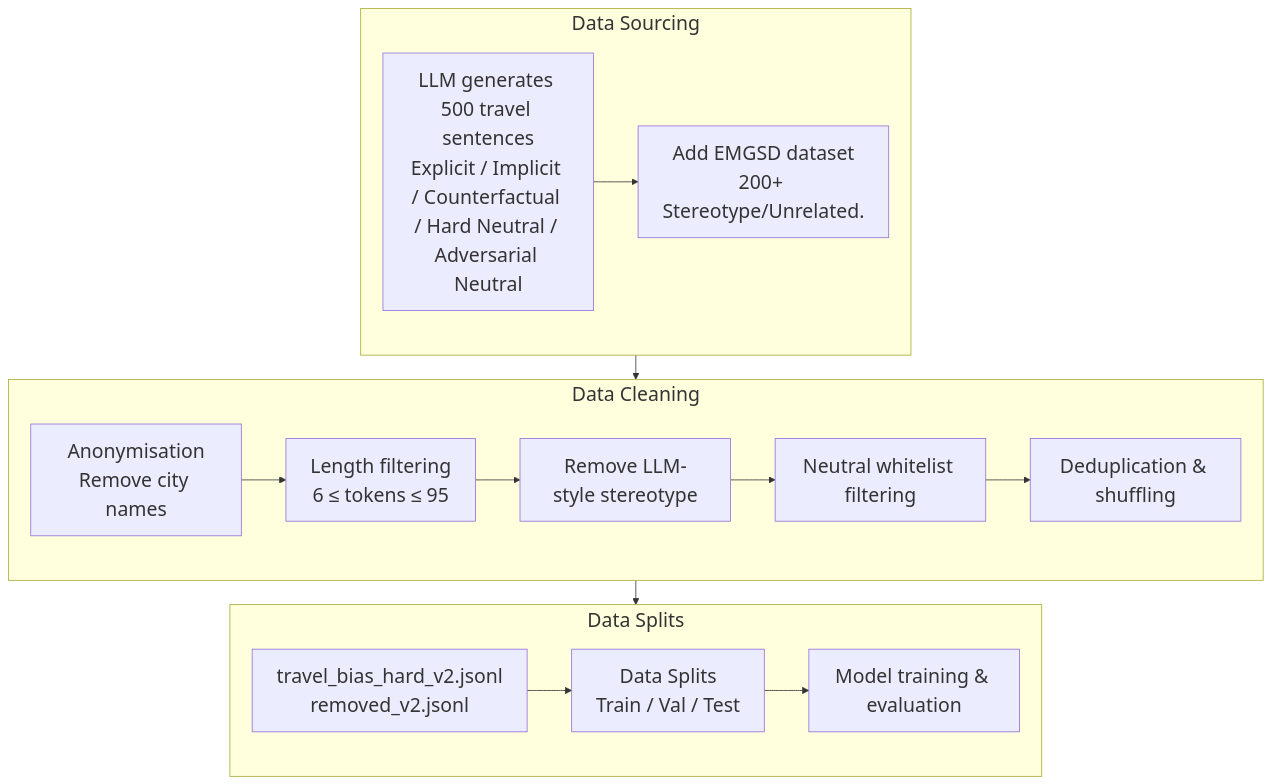
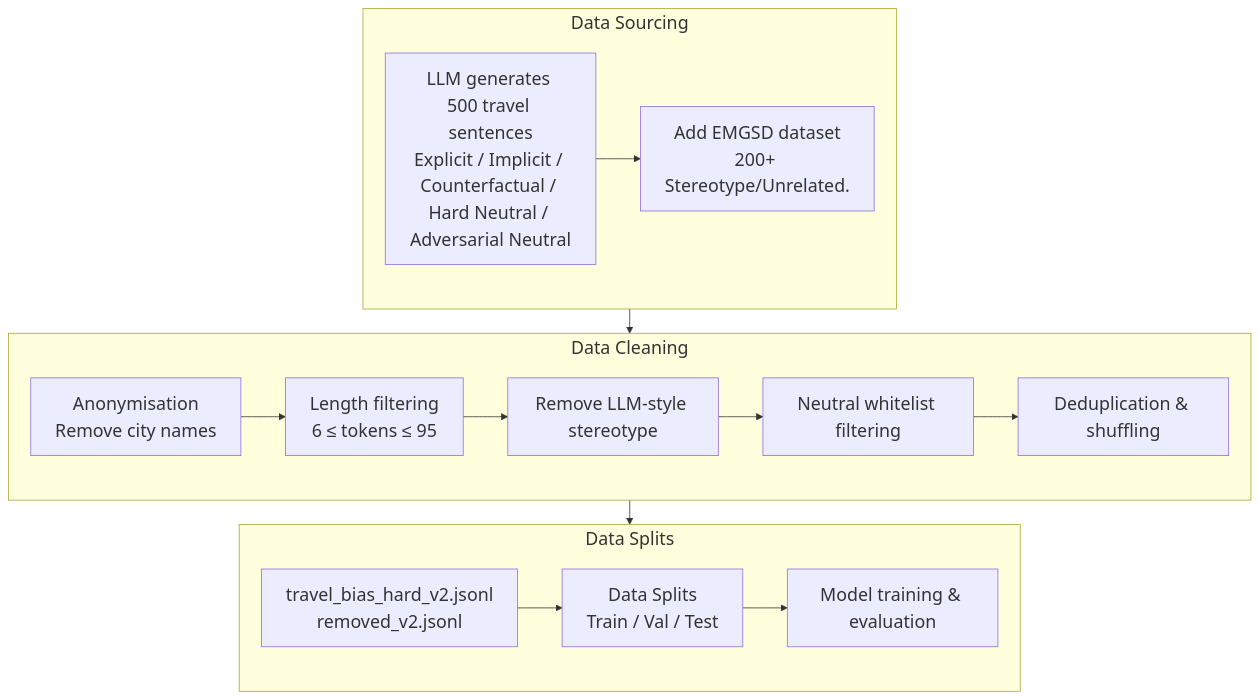
Before and after one commit to lisaWangjiaqi/HEARTS-Text-Stereotype-Detection: the first of 3 diagrams in cw2/README_cw2.md, drawn with Mermaid. The commit also changed other lines of this file, not shown here.

````diff
--- a/cw2/README_cw2.md
+++ b/cw2/README_cw2.md
@@ -139,47 +139,47 @@
 ```mermaid
 %%{init: {
   'theme': 'default',
   'flowchart': { 'nodeSpacing': 90, 'rankSpacing': 30, 'subGraphPadding': 18 },
-  'themeVariables': { 'fontSize': '24px', 'fontFamily': 'Arial','padding': 12}
+  'themeVariables': { 'fontSize': '22px', 'fontFamily': 'Arial','padding': 12}
 }}%%
 
 flowchart TD
 
 %% =============== STEP 1 ===============
 subgraph STEP1["Data Sourcing"]
     direction LR
     A[LLM generates 500 travel sentences<br/>Explicit / Implicit / Counterfactual / Hard Neutral / Adversarial Neutral    ]
     --> 
     B[Add EMGSD dataset<br/>200+ Stereotype/Unrelated.      ]
 end
 
 %% Flow to next step
 STEP1 --> STEP2
 
 %% =============== STEP 2 ===============
 subgraph STEP2["Data Cleaning"]
     direction LR
     C[Anonymisation<br/>Remove city names]
     --> 
     D[Length filtering<br/>6 ≤ tokens ≤ 95]
     --> 
     E[Remove LLM-style stereotype]
     --> 
     F[Neutral whitelist filtering]
     --> 
     G[Deduplication & shuffling]
 end
 
 %% Flow to next step
 STEP2 --> STEP3
 
 %% =============== STEP 3 ===============
 subgraph STEP3["Data Splits"]
     direction LR
     H[travel_bias_hard_v2.jsonl<br/>removed_v2.jsonl]
     --> 
     I[Data Splits<br/>Train / Val / Test]
     --> 
     J[Model training & evaluation]
 end
 ```
````
